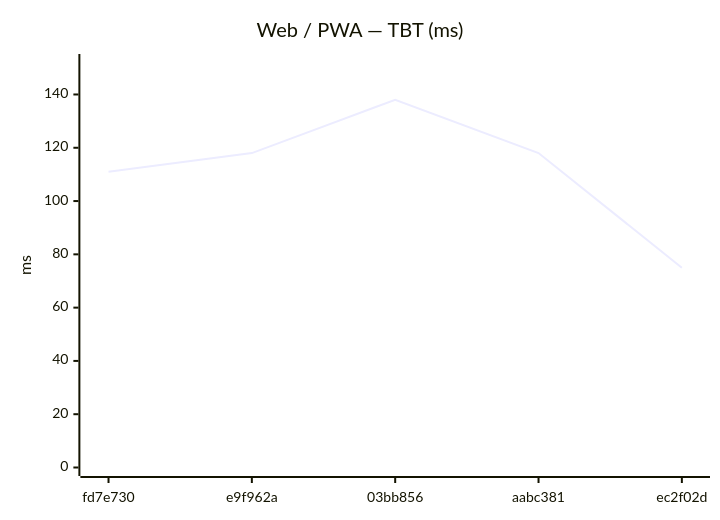
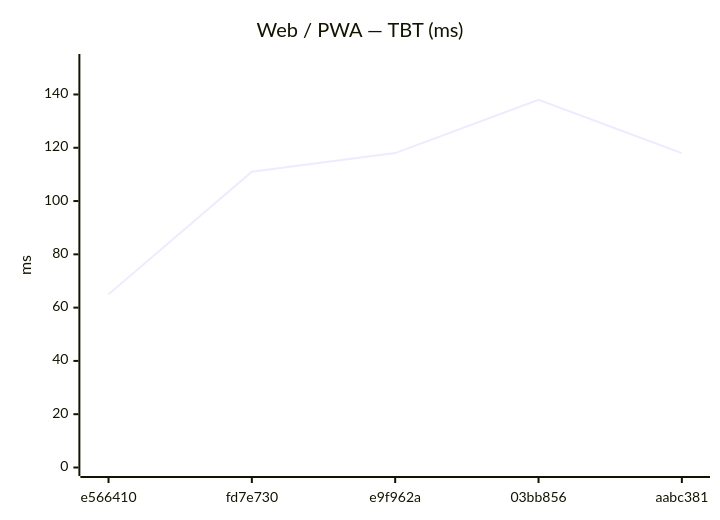
One commit to Metaheurist/Rianell changed the eighth of 18 diagrams in benchmarks/compare.md. Above: the diagram before and after it, drawn with Mermaid. The commit also changed other lines of this file and 11 other files, not shown here.

````diff
--- a/benchmarks/compare.md
+++ b/benchmarks/compare.md
@@ -124,7 +124,7 @@
 ```mermaid
 xychart-beta
     title "Web / PWA — TBT (ms)"
-    x-axis ["fd7e730", "e9f962a", "03bb856", "aabc381", "ec2f02d"]
+    x-axis ["e566410", "fd7e730", "e9f962a", "03bb856", "aabc381"]
     y-axis "ms" 0 --> 152
-    line [111, 118, 138, 118, 75]
+    line [65, 111, 118, 138, 118]
 ```
````
